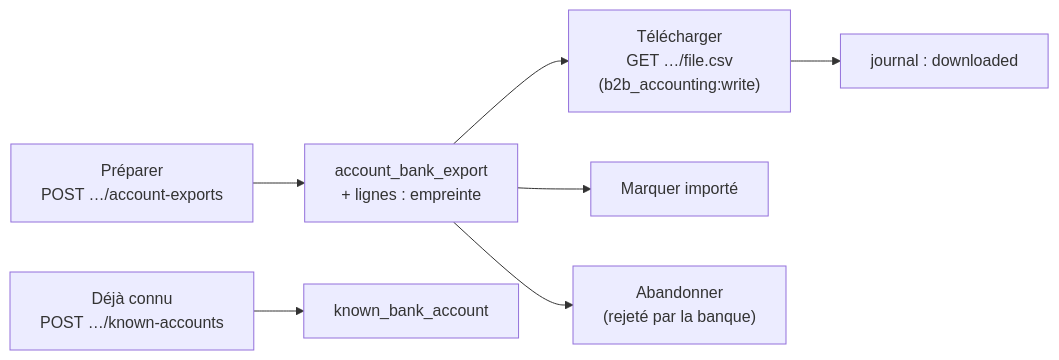
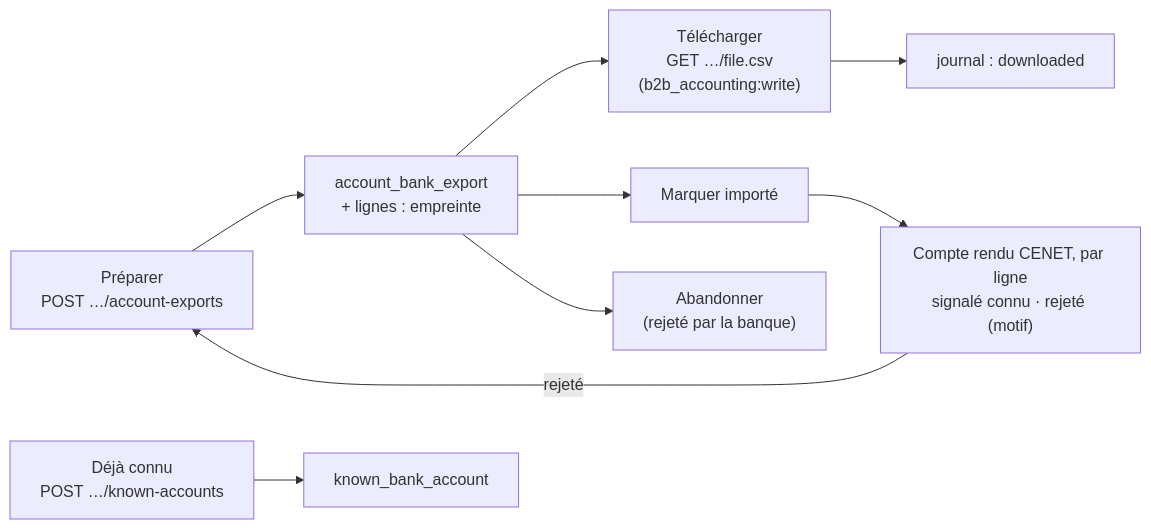
The second of 2 diagrams in documentation/comptabilite/prelevement/prerequis-export-ribs.md (hugoheynard/lfd), drawn with Mermaid before and after one commit. The commit also changed other lines of this file and 79 other files, not shown here.

First line of the commit message:
feat(prélèvement): télécharger d'un clic, puis corriger ligne à ligne d'après le compte rendu CENET

````diff
--- a/documentation/comptabilite/prelevement/prerequis-export-ribs.md
+++ b/documentation/comptabilite/prelevement/prerequis-export-ribs.md
@@ -478,9 +352,11 @@
 ```mermaid
 flowchart LR
   P["Préparer<br/>POST …/account-exports"] --> E["account_bank_export<br/>+ lignes : empreinte"]
   E --> F["Télécharger<br/>GET …/file.csv<br/>(b2b_accounting:write)"]
   F --> J["journal : downloaded"]
   E --> I["Marquer importé"]
   E --> A["Abandonner<br/>(rejeté par la banque)"]
   K["Déjà connu<br/>POST …/known-accounts"] --> KB["known_bank_account"]
+  I --> C["Compte rendu CENET, par ligne<br/>signalé connu · rejeté (motif)"]
+  C -->|rejeté| P
 ```
````
